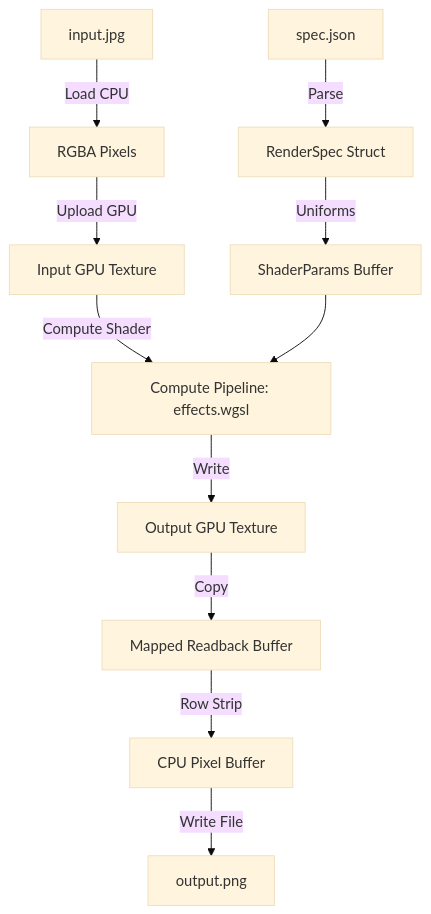
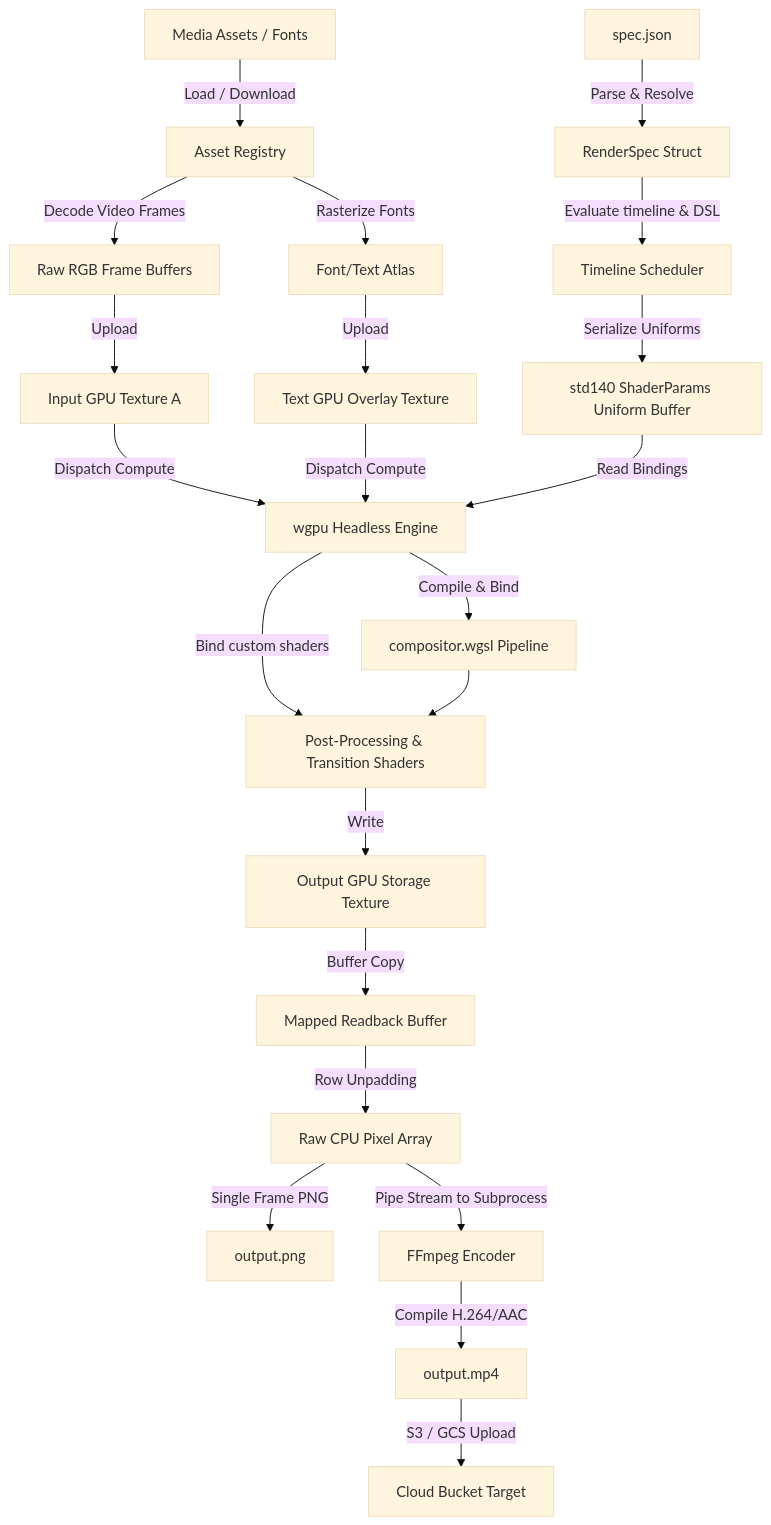
The diagram in README.md (joshink/render), drawn with Mermaid (base theme) before and after one commit. The commit also changed other lines of this file and 1 other file, not shown here.

````diff
--- a/README.md
+++ b/README.md
@@ -47,15 +64,40 @@
 ```mermaid
 graph TD
-    InputSpec[spec.json] -->|Parse| Spec[RenderSpec Struct]
-    InputImage[input.jpg] -->|Load CPU| Buffer[RGBA Pixels]
-    Buffer -->|Upload GPU| TexIn[Input GPU Texture]
-    Spec -->|Uniforms| Params[ShaderParams Buffer]
+    %% Input Layer
+    InputSpec[spec.json] -->|Parse & Resolve| Spec[RenderSpec Struct]
+    InputAssets[Media Assets / Fonts] -->|Load / Download| AssetManager[Asset Registry]
     
-    TexIn -->|Compute Shader| Pipeline[Compute Pipeline: effects.wgsl]
-    Params --> Pipeline
-    Pipeline -->|Write| TexOut[Output GPU Texture]
+    %% CPU Preparation
+    Spec -->|Evaluate timeline & DSL| Timelines[Timeline Scheduler]
+    AssetManager -->|Rasterize Fonts| FontAtlas[Font/Text Atlas]
+    AssetManager -->|Decode Video Frames| FrameBuffers[Raw RGB Frame Buffers]
     
-    TexOut -->|Copy| Readback[Mapped Readback Buffer]
-    Readback -->|Row Strip| CPUPixels[CPU Pixel Buffer]
-    CPUPixels -->|Write File| OutputImage[output.png]
+    %% GPU Upload
+    FrameBuffers -->|Upload| GPUTextureA[Input GPU Texture A]
+    FontAtlas -->|Upload| GPUTextureB[Text GPU Overlay Texture]
+    Timelines -->|Serialize Uniforms| ParamsBuf[std140 ShaderParams Uniform Buffer]
+    
+    %% GPU Core Processing
+    GPUTextureA -->|Dispatch Compute| Engine[wgpu Headless Engine]
+    GPUTextureB -->|Dispatch Compute| Engine
+    ParamsBuf -->|Read Bindings| Engine
+    
+    %% Shader Execution
+    Engine -->|Compile & Bind| WGSLCompositor[compositor.wgsl Pipeline]
+    Engine -->|Bind custom shaders| WGSLPostProc[Post-Processing & Transition Shaders]
+    
+    WGSLCompositor --> WGSLPostProc
+    WGSLPostProc -->|Write| OutputTexture[Output GPU Storage Texture]
+    
+    %% Output pipeline
+    OutputTexture -->|Buffer Copy| Readback[Mapped Readback Buffer]
+    Readback -->|Row Unpadding| CPUFrame[Raw CPU Pixel Array]
+    
+    %% Final Serialization
+    CPUFrame -->|Single Frame PNG| SavePNG[output.png]
+    CPUFrame -->|Pipe Stream to Subprocess| FFmpeg[FFmpeg Encoder]
+    FFmpeg -->|Compile H.264/AAC| SaveMP4[output.mp4]
+    
+    %% Cloud Target Upload
+    SaveMP4 -->|S3 / GCS Upload| CloudStorage[Cloud Bucket Target]
 ```
````
